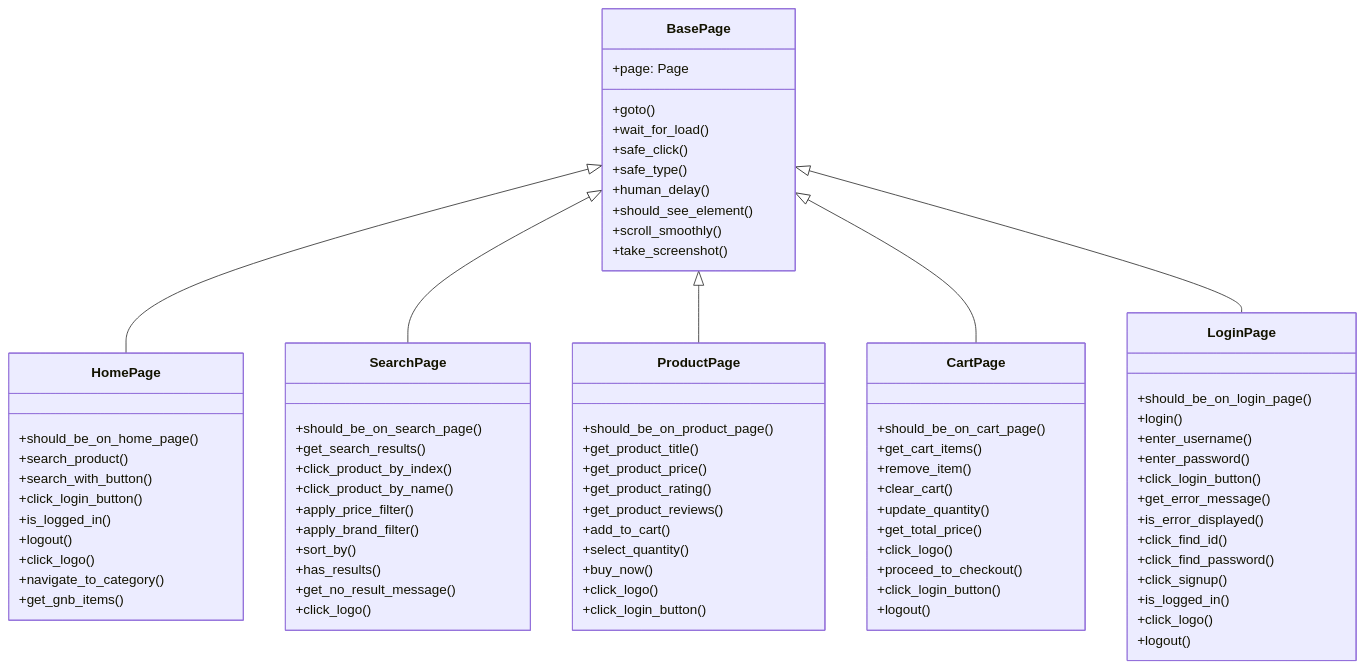
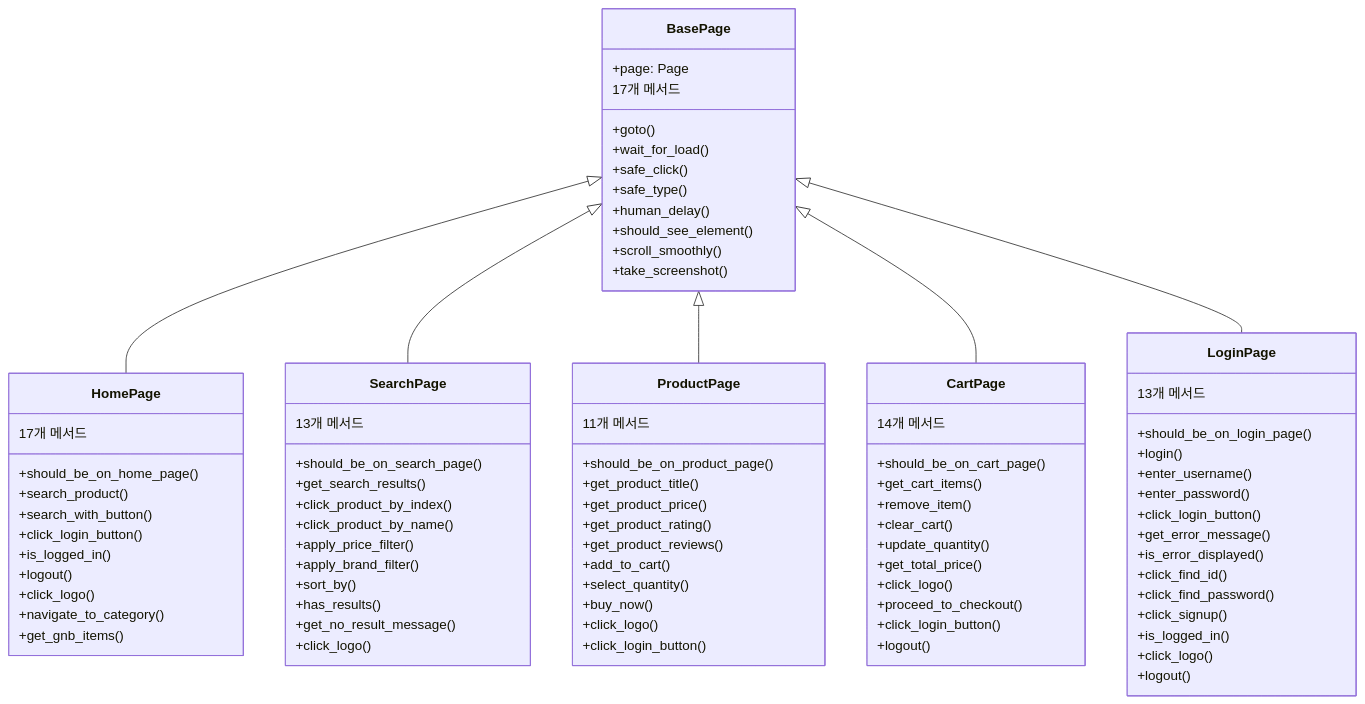
The second of 3 diagrams in README.MD (Yangsun94/Gmarket_Project), drawn with Mermaid before and after one commit. The commit also changed other lines of this file and 13 other files, not shown here.

````diff
--- a/README.MD
+++ b/README.MD
@@ -145,6 +150,7 @@
         +should_see_element()
         +scroll_smoothly()
         +take_screenshot()
+        17개 메서드
     }
 
     class HomePage {
@@ -157,6 +163,7 @@
         +click_logo()
         +navigate_to_category()
         +get_gnb_items()
+        17개 메서드
     }
 
     class SearchPage {
@@ -170,6 +177,7 @@
         +has_results()
         +get_no_result_message()
         +click_logo()
+        13개 메서드
     }
 
     class ProductPage {
@@ -183,6 +191,7 @@
         +buy_now()
         +click_logo()
         +click_login_button()
+        11개 메서드
     }
 
     class CartPage {
@@ -196,6 +205,7 @@
         +proceed_to_checkout()
         +click_login_button()
         +logout()
+        14개 메서드
     }
 
     class LoginPage {
@@ -212,5 +222,6 @@
         +is_logged_in()
         +click_logo()
         +logout()
+        13개 메서드
     }
 ```
````
